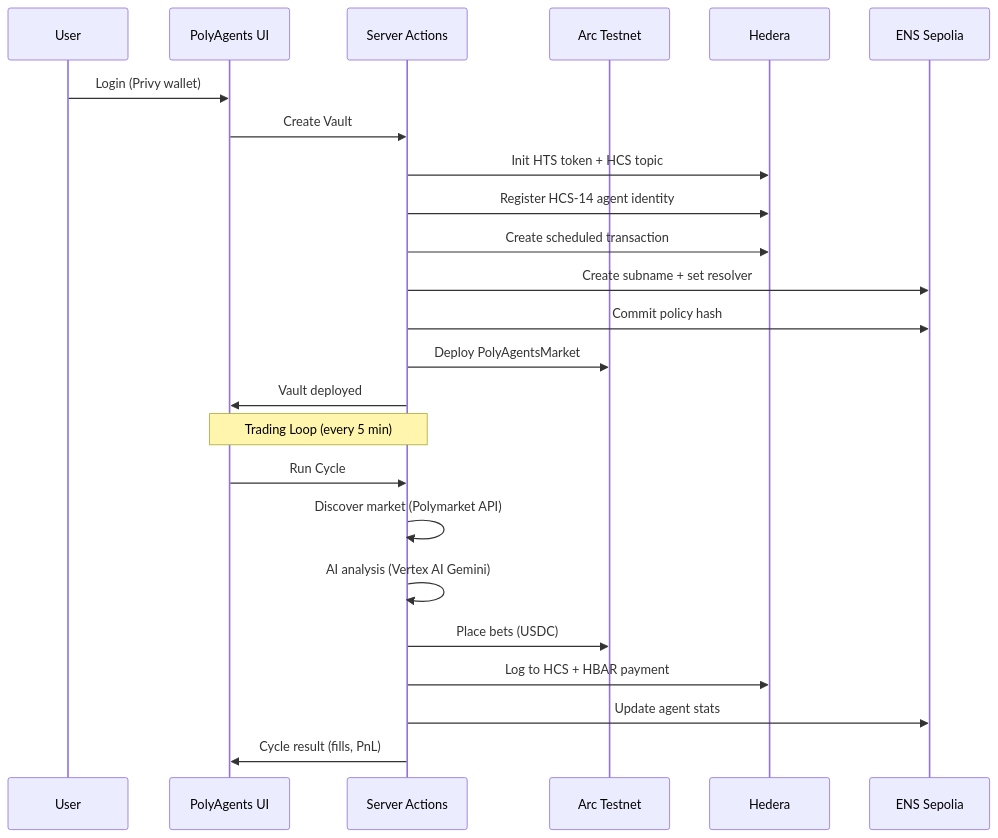
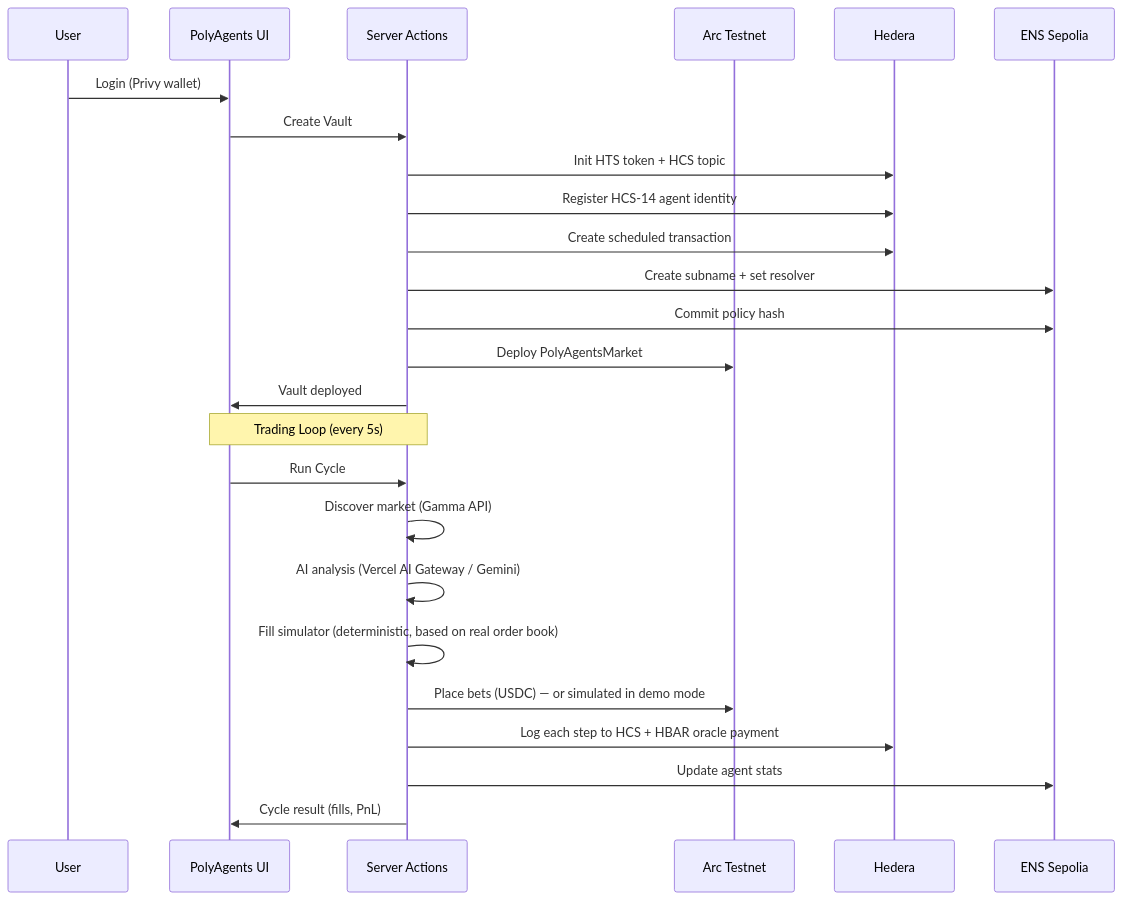
The second of 3 diagrams in docs/arc-architecture.md (Fbiondo00/PolyAgents), drawn with Mermaid before and after one commit. The commit also changed other lines of this file and 2 other files, not shown here.

First line of the commit message:
fix: replace file-based vault-registry with in-memory map for Vercel compat

````diff
--- a/docs/arc-architecture.md
+++ b/docs/arc-architecture.md
@@ -53,28 +60,29 @@
 ```mermaid
 sequenceDiagram
     participant User
     participant UI as PolyAgents UI
     participant Actions as Server Actions
     participant Arc as Arc Testnet
     participant Hedera as Hedera
     participant ENS as ENS Sepolia
 
     User->>UI: Login (Privy wallet)
     UI->>Actions: Create Vault
     Actions->>Hedera: Init HTS token + HCS topic
     Actions->>Hedera: Register HCS-14 agent identity
     Actions->>Hedera: Create scheduled transaction
     Actions->>ENS: Create subname + set resolver
     Actions->>ENS: Commit policy hash
     Actions->>Arc: Deploy PolyAgentsMarket
     Actions->>UI: Vault deployed
 
-    Note over UI,Actions: Trading Loop (every 5 min)
+    Note over UI,Actions: Trading Loop (every 5s)
     UI->>Actions: Run Cycle
-    Actions->>Actions: Discover market (Polymarket API)
-    Actions->>Actions: AI analysis (Vertex AI Gemini)
-    Actions->>Arc: Place bets (USDC)
-    Actions->>Hedera: Log to HCS + HBAR payment
+    Actions->>Actions: Discover market (Gamma API)
+    Actions->>Actions: AI analysis (Vercel AI Gateway / Gemini)
+    Actions->>Actions: Fill simulator (deterministic, based on real order book)
+    Actions->>Arc: Place bets (USDC) — or simulated in demo mode
+    Actions->>Hedera: Log each step to HCS + HBAR oracle payment
     Actions->>ENS: Update agent stats
     Actions->>UI: Cycle result (fills, PnL)
 ```
````
